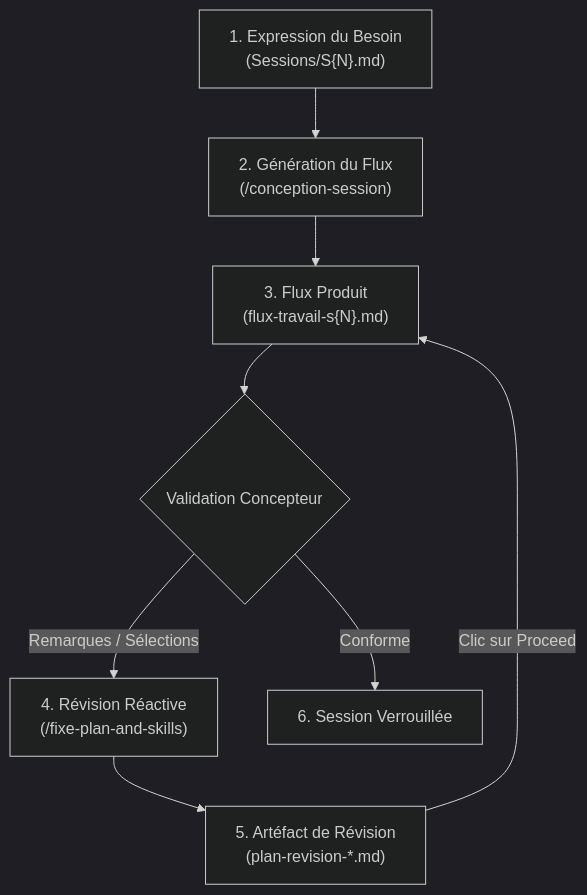
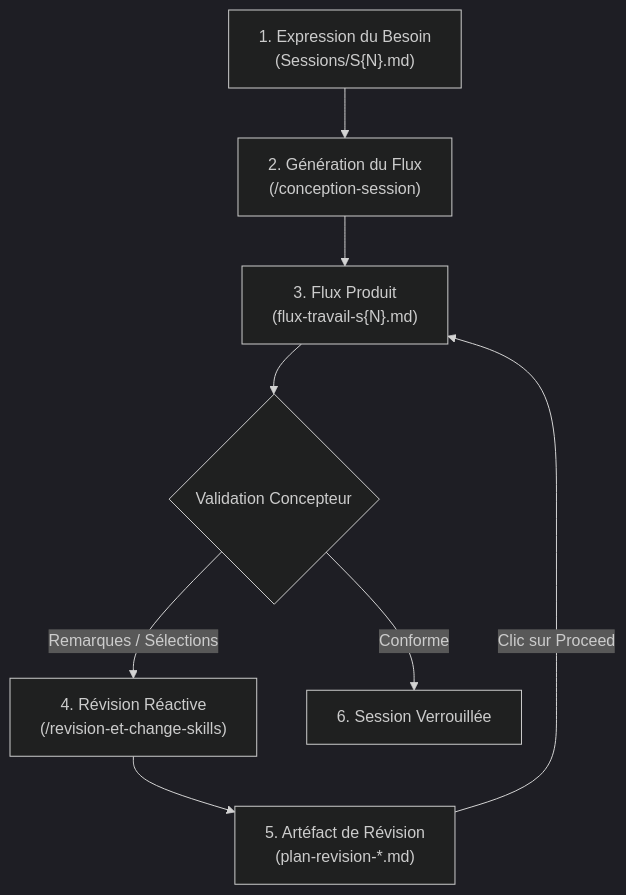
Before and after one commit to labs-web/projet-imiation-n3: the first of 2 diagrams in .agents/README.md, drawn with Mermaid (dark theme). The commit also changed other lines of this file and 2 other files, not shown here.

````diff
--- a/.agents/README.md
+++ b/.agents/README.md
@@ -93,10 +101,10 @@
 ```mermaid
 flowchart TD
     A["1. Expression du Besoin<br/>(Sessions/S{N}.md)"] --> B["2. Génération du Flux<br/>(/conception-session)"]
     B --> C["3. Flux Produit<br/>(flux-travail-s{N}.md)"]
     C --> D{"Validation Concepteur"}
-    D -- "Remarques / Sélections" --> E["4. Révision Réactive<br/>(/fixe-plan-and-skills)"]
+    D -- "Remarques / Sélections" --> E["4. Révision Réactive<br/>(/revision-et-change-skills)"]
     E --> F["5. Artéfact de Révision<br/>(plan-revision-*.md)"]
     F -- "Clic sur Proceed" --> C
     D -- "Conforme" --> G["6. Session Verrouillée"]
 ```
````
